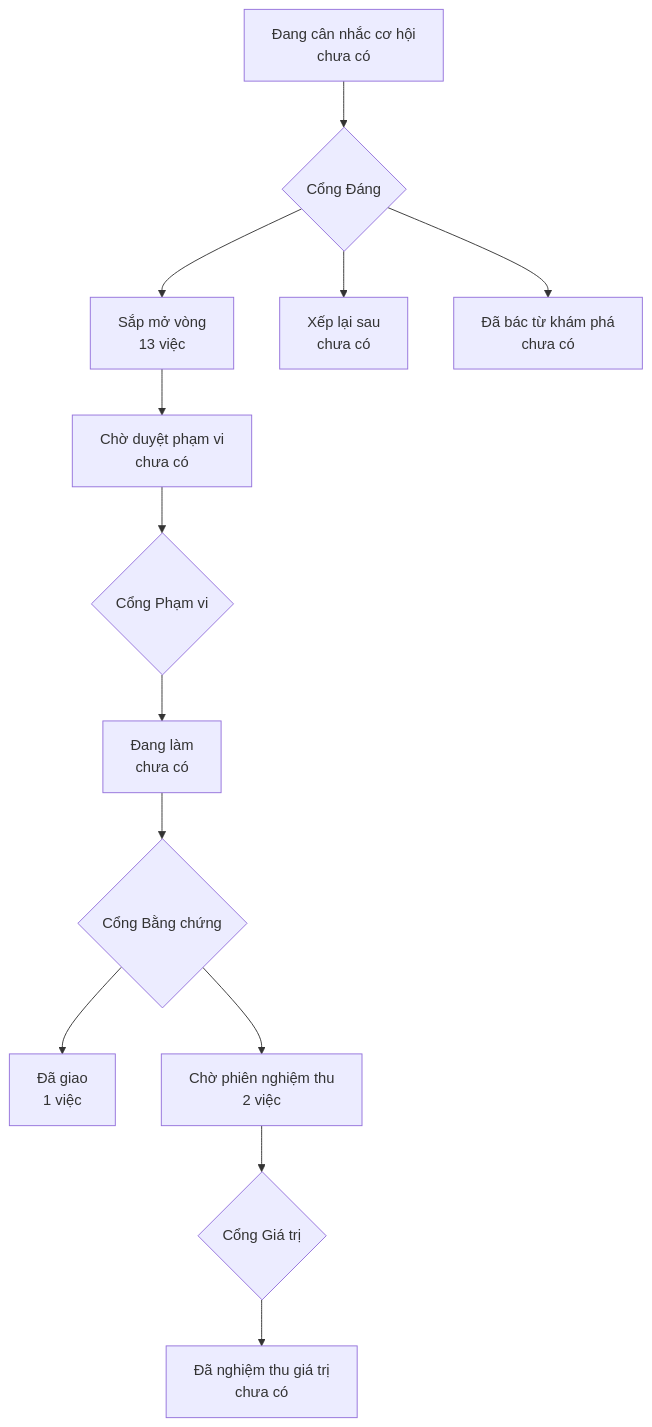
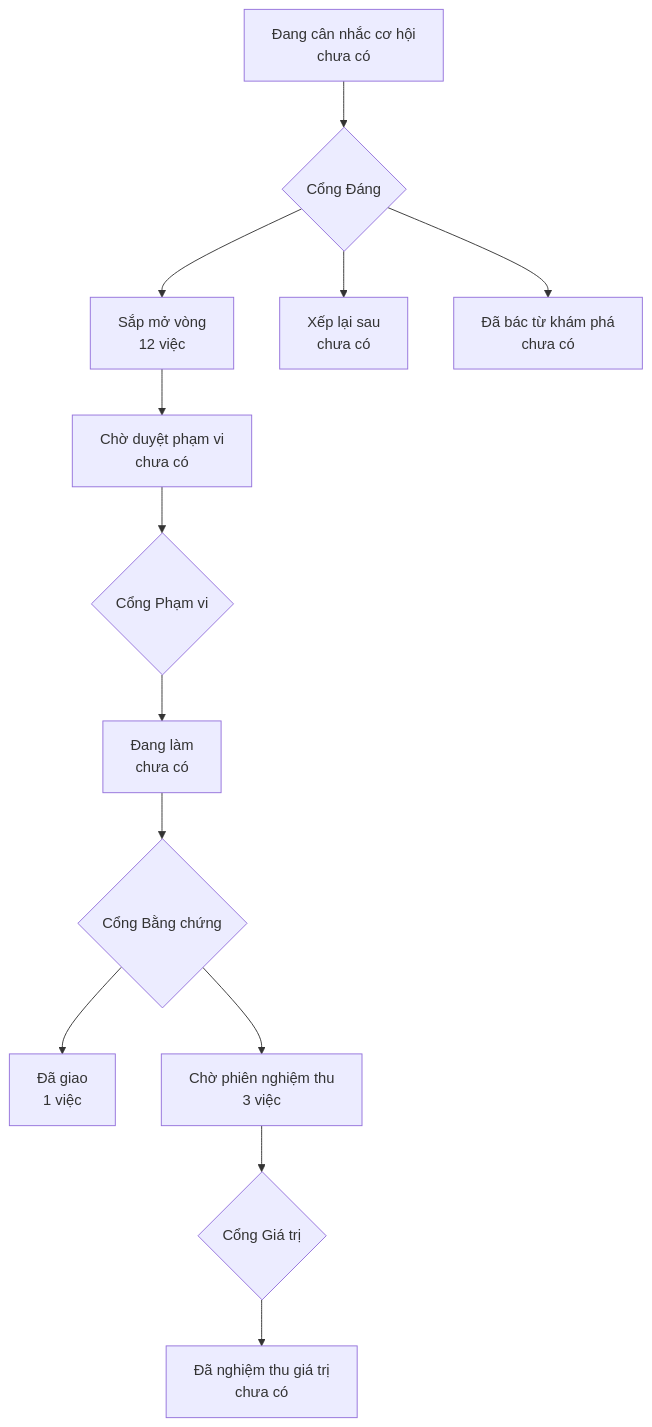
The diagram in PRODUCT-MAP.md (phanlemanh/onehub-inventory), drawn with Mermaid before and after one commit. The commit also changed other lines of this file and 1 other file, not shown here.

Commit message:
chore(danh-muc-reui): regenerate product map and roadmap page after merging main

````diff
--- a/PRODUCT-MAP.md
+++ b/PRODUCT-MAP.md
@@ -7,12 +7,12 @@
 ```mermaid
 flowchart TD
   A["Đang cân nhắc cơ hội<br/>chưa có"] --> GD{"Cổng Đáng"}
-  GD --> B["Sắp mở vòng<br/>13 việc"]
+  GD --> B["Sắp mở vòng<br/>12 việc"]
   GD --> XL["Xếp lại sau<br/>chưa có"]
   GD --> DB["Đã bác từ khám phá<br/>chưa có"]
   B --> CD["Chờ duyệt phạm vi<br/>chưa có"] --> GP{"Cổng Phạm vi"}
   GP --> DL["Đang làm<br/>chưa có"] --> GB{"Cổng Bằng chứng"}
   GB --> DG["Đã giao<br/>1 việc"]
-  GB --> CN["Chờ phiên nghiệm thu<br/>2 việc"] --> GG{"Cổng Giá trị"}
+  GB --> CN["Chờ phiên nghiệm thu<br/>3 việc"] --> GG{"Cổng Giá trị"}
   GG --> NT["Đã nghiệm thu giá trị<br/>chưa có"]
 ```
````
